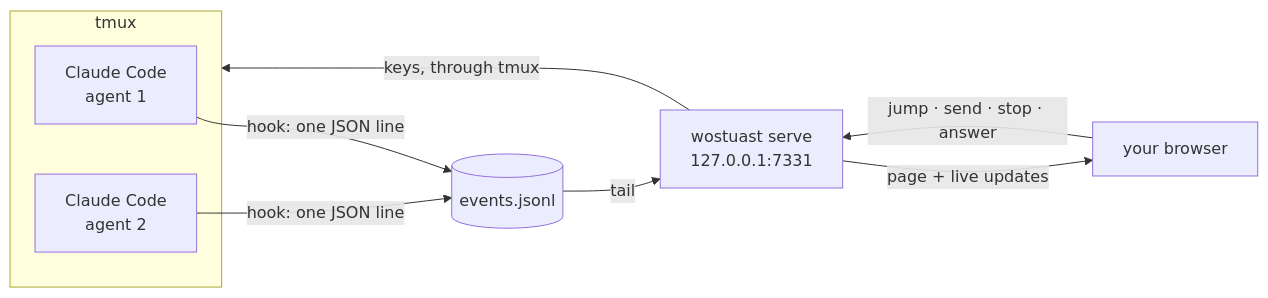
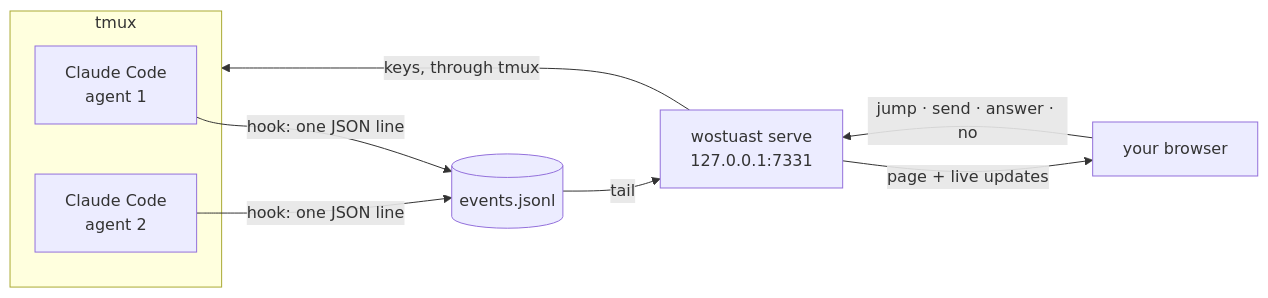
Before and after one commit to martinus/wostuast: the diagram in README.md, drawn with Mermaid. The commit also changed other lines of this file and 2 other files, not shown here.

First line of the commit message:
Remove the Session tab; jump is an icon in the tab row

````diff
--- a/README.md
+++ b/README.md
@@ -90,13 +89,13 @@
 ```mermaid
 flowchart LR
     subgraph tmux["tmux"]
         A1["Claude Code<br/>agent 1"]
         A2["Claude Code<br/>agent 2"]
     end
     A1 -- "hook: one JSON line" --> L[("events.jsonl")]
     A2 -- "hook: one JSON line" --> L
     L -- "tail" --> D["wostuast serve<br/>127.0.0.1:7331"]
     D -- "page + live updates" --> B["your browser"]
-    B -- "jump · send · stop · answer" --> D
+    B -- "jump · send · answer · no" --> D
     D -- "keys, through tmux" --> tmux
 ```
````
